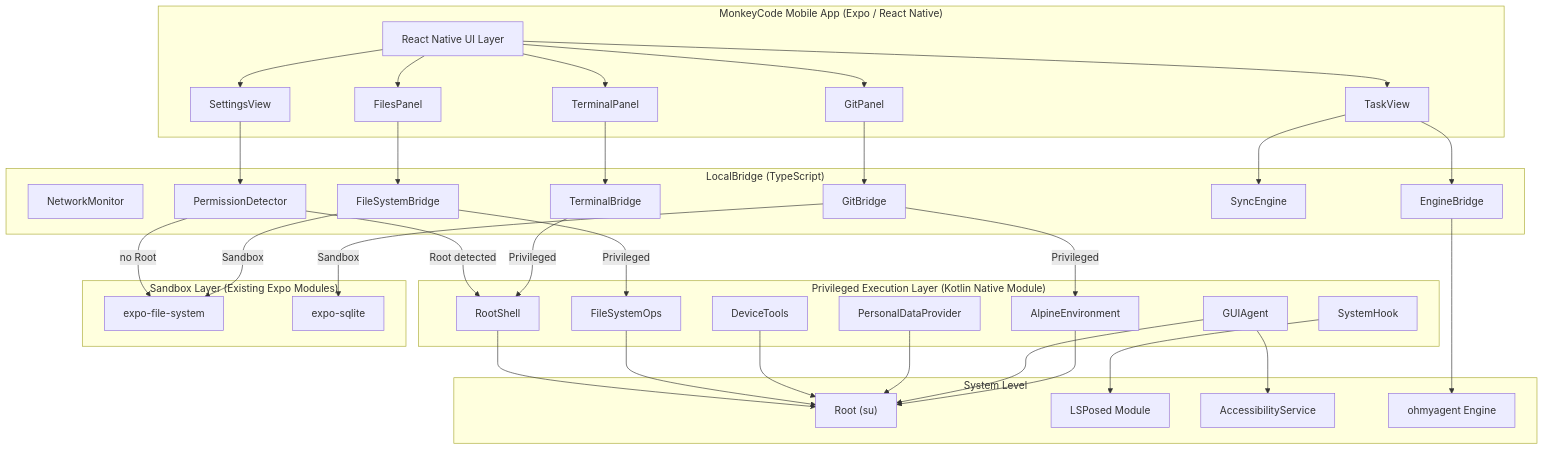
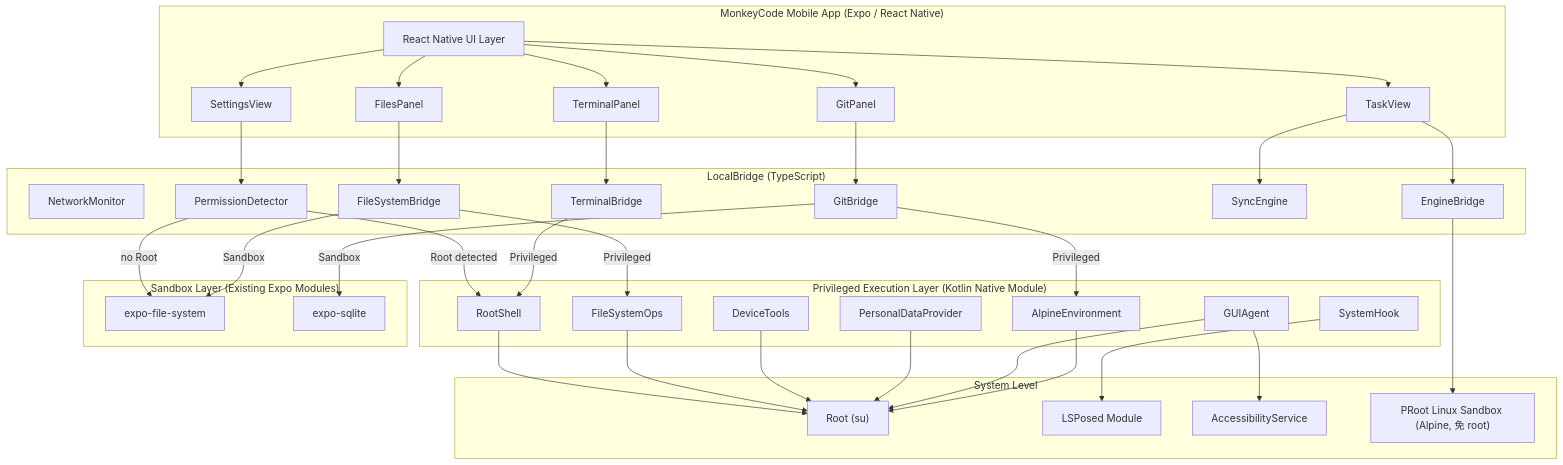
The diagram in .monkeycode/specs/mobile-local-capabilities/design.md (tall-1997/MonkeyCode-app), drawn with Mermaid before and after one commit. The commit also changed other lines of this file and 4 other files, not shown here.

````diff
--- a/.monkeycode/specs/mobile-local-capabilities/design.md
+++ b/.monkeycode/specs/mobile-local-capabilities/design.md
@@ -12,75 +12,75 @@
 ```mermaid
 graph TD
     subgraph "MonkeyCode Mobile App (Expo / React Native)"
         A["React Native UI Layer"]
         B["FilesPanel"]
         C["TerminalPanel"]
         D["GitPanel"]
         E["TaskView"]
         F["SettingsView"]
     end
 
     subgraph "LocalBridge (TypeScript)"
         G["NetworkMonitor"]
         H["FileSystemBridge"]
         I["TerminalBridge"]
         J["GitBridge"]
         K["EngineBridge"]
         L["SyncEngine"]
         M["PermissionDetector"]
     end
 
     subgraph "Privileged Execution Layer (Kotlin Native Module)"
         N["RootShell"]
         O["FileSystemOps"]
         P["DeviceTools"]
         Q["PersonalDataProvider"]
         R["GUIAgent"]
         S["SystemHook"]
         T["AlpineEnvironment"]
     end
 
     subgraph "Sandbox Layer (Existing Expo Modules)"
         U["expo-file-system"]
         V["expo-sqlite"]
     end
 
     subgraph "System Level"
         W["Root (su)"]
         X["LSPosed Module"]
         Y["AccessibilityService"]
-        Z["ohmyagent Engine"]
+        Z["PRoot Linux Sandbox (Alpine, 免 root)"]
     end
 
     A --> B
     A --> C
     A --> D
     A --> E
     A --> F
 
     B --> H
     C --> I
     D --> J
     E --> K
     E --> L
     F --> M
 
     M -->|"Root detected"| N
     M -->|"no Root"| U
 
     H -->|"Privileged"| O
     H -->|"Sandbox"| U
     I -->|"Privileged"| N
     J -->|"Privileged"| T
     J -->|"Sandbox"| V
     K --> Z
 
     N --> W
     O --> W
     P --> W
     Q --> W
     R --> W
     R --> Y
     S --> X
     T --> W
 ```
````
